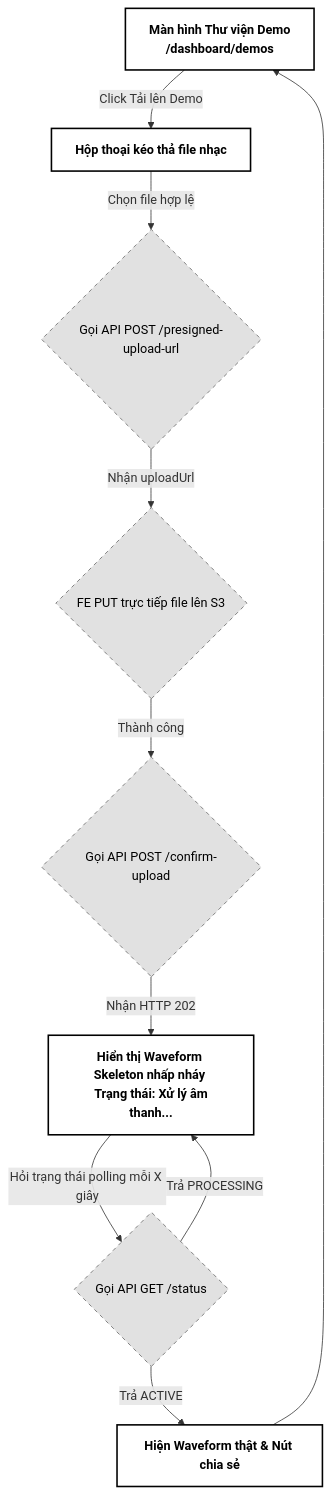
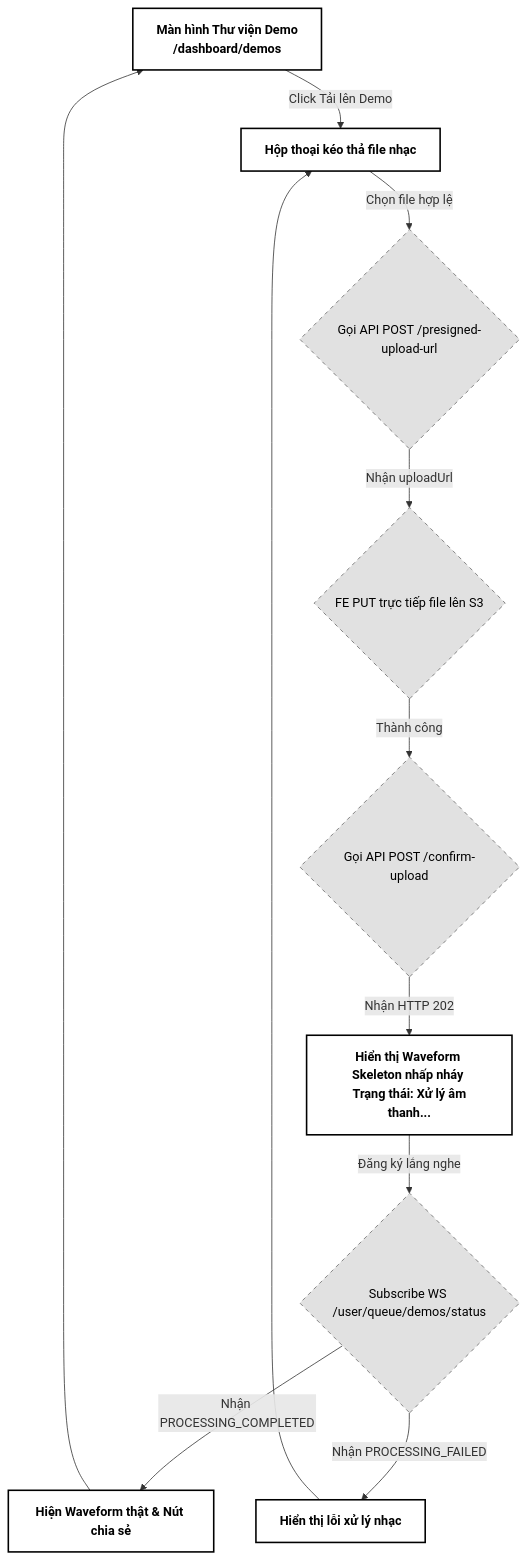
The second of 2 diagrams in docs/3. Secure Audio Streaming/01_upload_process_demo.md (NguyenDucHoangNam/PWB_Mini), drawn with Mermaid before and after one commit. The commit also changed other lines of this file and 22 other files, not shown here.

````diff
--- a/docs/3. Secure Audio Streaming/01_upload_process_demo.md
+++ b/docs/3. Secure Audio Streaming/01_upload_process_demo.md
@@ -295,23 +313,24 @@
 ```mermaid
 graph TD
     classDef default fill:#f9f9f9,stroke:#333,stroke-width:1px,color:#000;
     classDef screen fill:#ffffff,stroke:#000,stroke-width:2px,font-weight:bold,color:#000;
     classDef action fill:#e1e1e1,stroke:#666,stroke-width:1px,stroke-dasharray: 5 5,color:#000;
 
     UploadPage["Màn hình Thư viện Demo <br> /dashboard/demos"]:::screen -->|Click Tải lên Demo| OpenDialog["Hộp thoại kéo thả file nhạc"]:::screen
     
     OpenDialog -->|Chọn file hợp lệ| RequestPresigned{Gọi API POST /presigned-upload-url}:::action
     
     RequestPresigned -->|Nhận uploadUrl| UploadS3{FE PUT trực tiếp file lên S3}:::action
     
     UploadS3 -->|Thành công| ConfirmAction{Gọi API POST /confirm-upload}:::action
     
     ConfirmAction -->|Nhận HTTP 202| ProcessingState["Hiển thị Waveform Skeleton nhấp nháy <br> Trạng thái: Xử lý âm thanh..."]:::screen
     
-    ProcessingState -->|Hỏi trạng thái polling mỗi X giây| FetchStatus{Gọi API GET /status}:::action
+    ProcessingState -->|Đăng ký lắng nghe| SubWS{Subscribe WS /user/queue/demos/status}:::action
     
-    FetchStatus -->|Trả ACTIVE| ActiveState["Hiện Waveform thật & Nút chia sẻ"]:::screen
-    FetchStatus -->|Trả PROCESSING| ProcessingState
+    SubWS -->|Nhận PROCESSING_COMPLETED| ActiveState["Hiện Waveform thật & Nút chia sẻ"]:::screen
+    SubWS -->|Nhận PROCESSING_FAILED| FailState["Hiển thị lỗi xử lý nhạc"]:::screen
     
     ActiveState --> UploadPage
+    FailState --> OpenDialog
 ```
````
